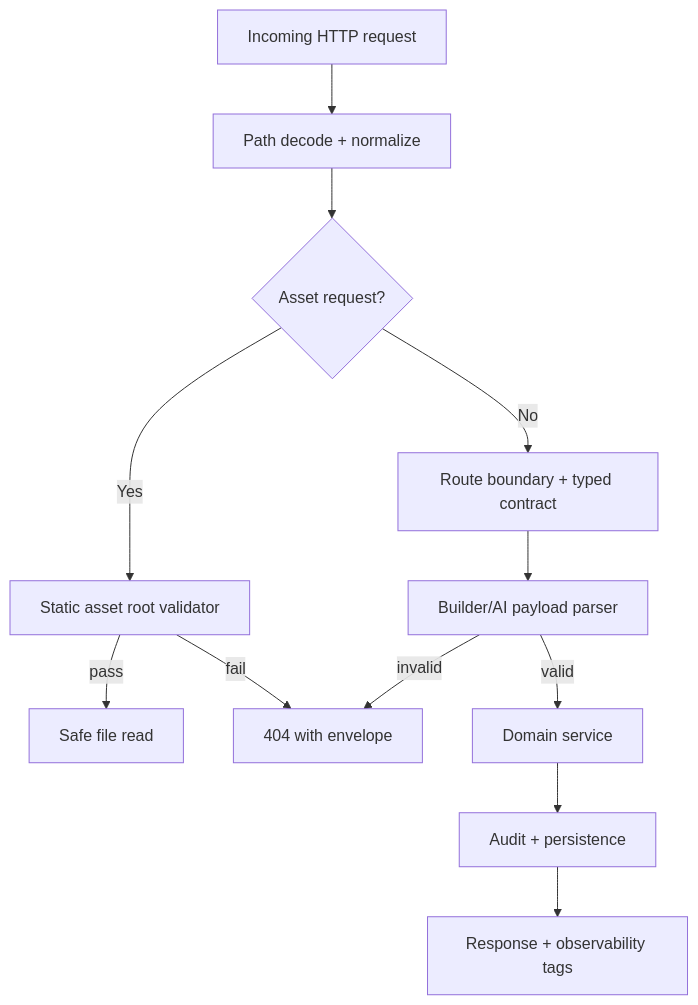
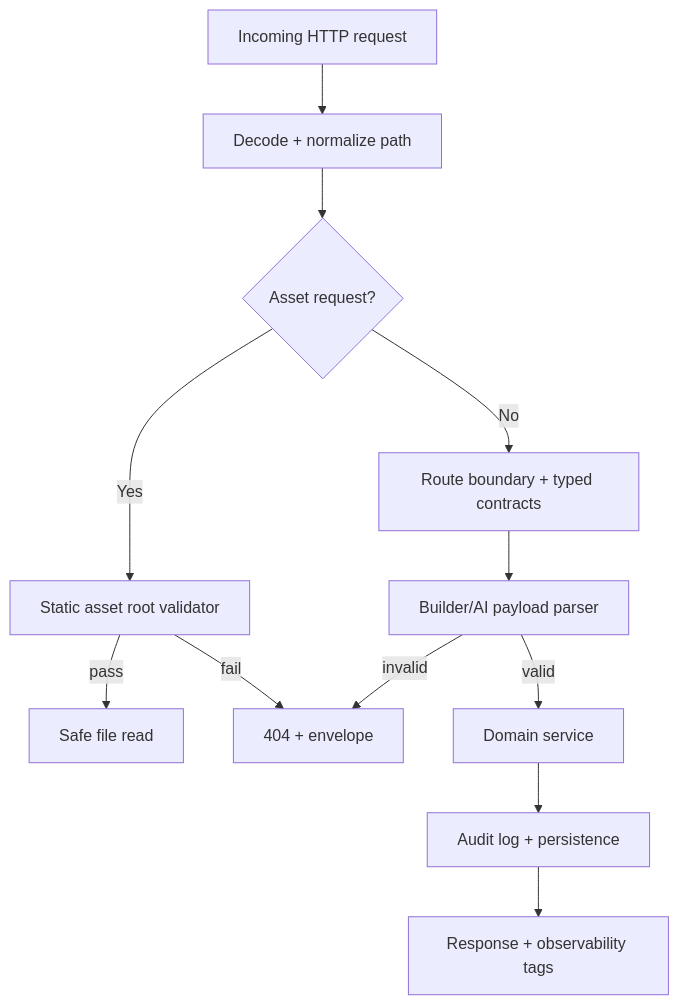
Diagram 15 of 16 in README.md (d4551/tea), drawn with Mermaid before and after one commit. The commit also changed other lines of this file and 2 other files, not shown here.

````diff
--- a/README.md
+++ b/README.md
@@ -598,14 +723,14 @@
 ```mermaid
 flowchart TD
-  S0[Incoming HTTP request] --> S1[Path decode + normalize]
+  S0[Incoming HTTP request] --> S1[Decode + normalize path]
   S1 --> S2{Asset request?}
   S2 -->|Yes| S3[Static asset root validator]
-  S2 -->|No| S4[Route boundary + typed contract]
+  S2 -->|No| S4[Route boundary + typed contracts]
   S3 -->|pass| S5[Safe file read]
-  S3 -->|fail| S6[404 with envelope]
+  S3 -->|fail| S6[404 + envelope]
   S4 --> S7[Builder/AI payload parser]
   S7 -->|invalid| S6
   S7 -->|valid| S8[Domain service]
-  S8 --> S9[Audit + persistence]
+  S8 --> S9[Audit log + persistence]
   S9 --> S10[Response + observability tags]
 ```
````
